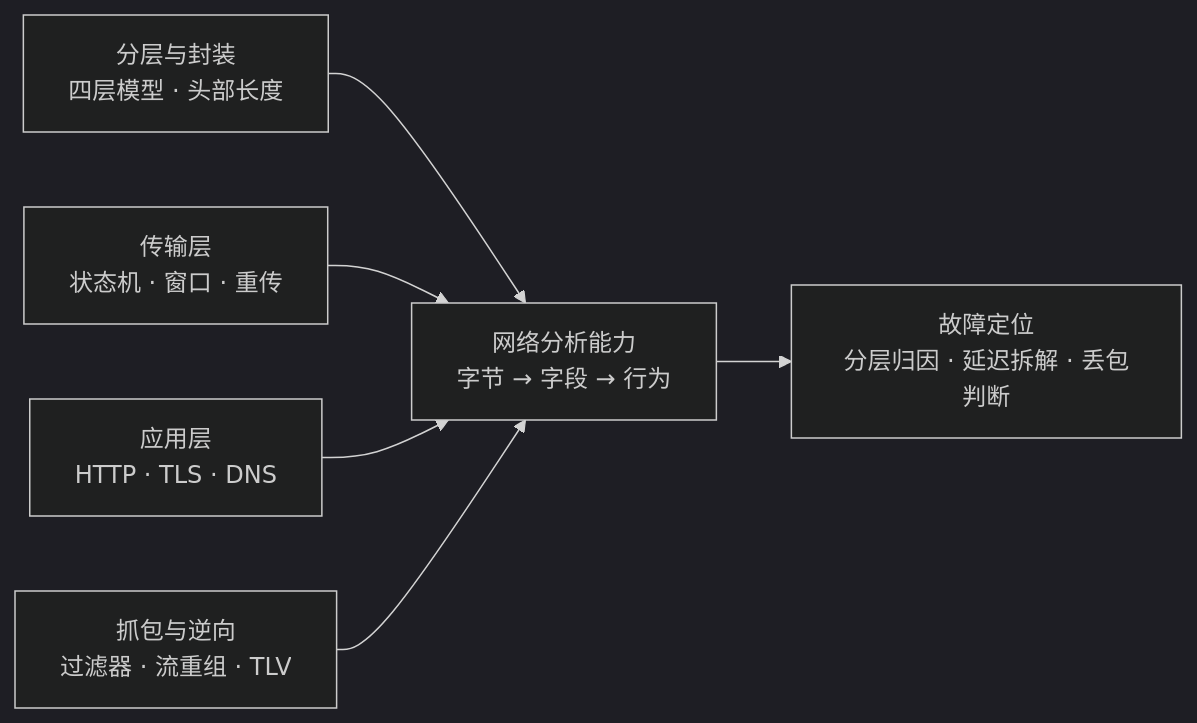
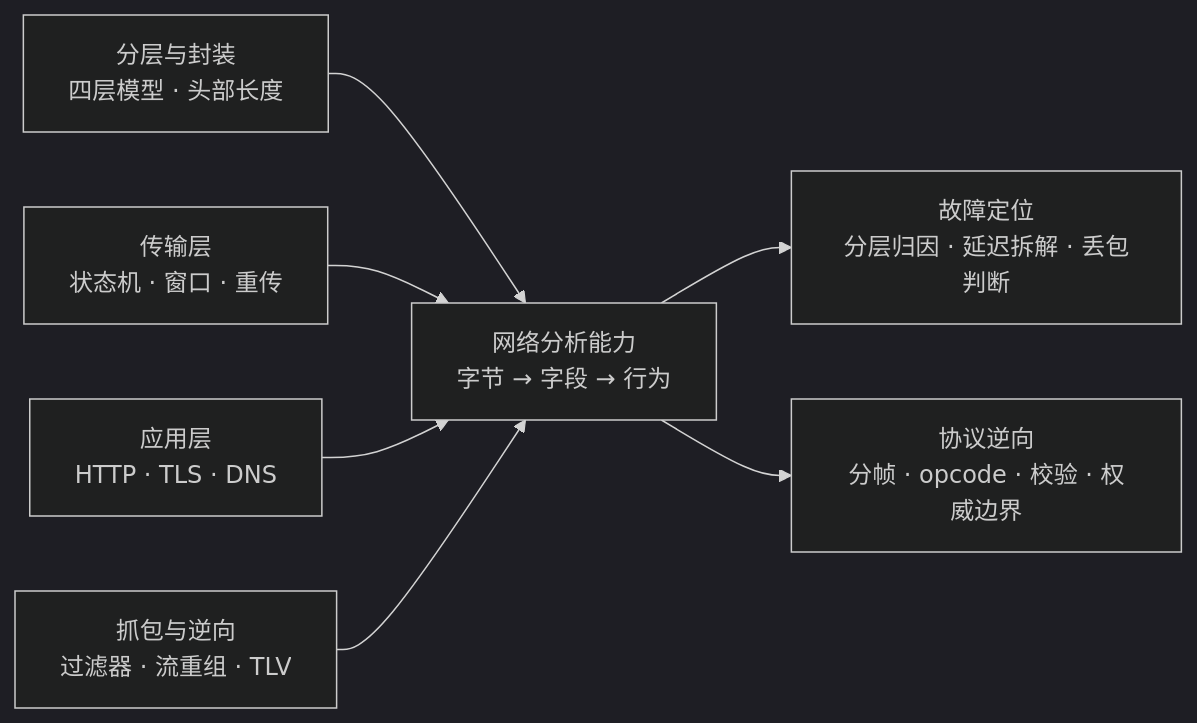
The diagram in docs/00-roadmap.md (WMWWZS/network-journal), drawn with Mermaid (dark theme) before and after one commit. The commit also changed other lines of this file, not shown here.

Commit message:
docs: 定位为逆向支撑线，补 opcode 表 / 校验对拍 / 权威边界

````diff
--- a/docs/00-roadmap.md
+++ b/docs/00-roadmap.md
@@ -24,8 +28,9 @@
 ```mermaid
 flowchart LR
     A["分层与封装<br>四层模型 · 头部长度"] --> E["网络分析能力<br>字节 → 字段 → 行为"]
     B["传输层<br>状态机 · 窗口 · 重传"] --> E
     C["应用层<br>HTTP · TLS · DNS"] --> E
     D["抓包与逆向<br>过滤器 · 流重组 · TLV"] --> E
     E --> F["故障定位<br>分层归因 · 延迟拆解 · 丢包判断"]
+    E --> G["协议逆向<br>分帧 · opcode · 校验 · 权威边界"]
 ```
````
